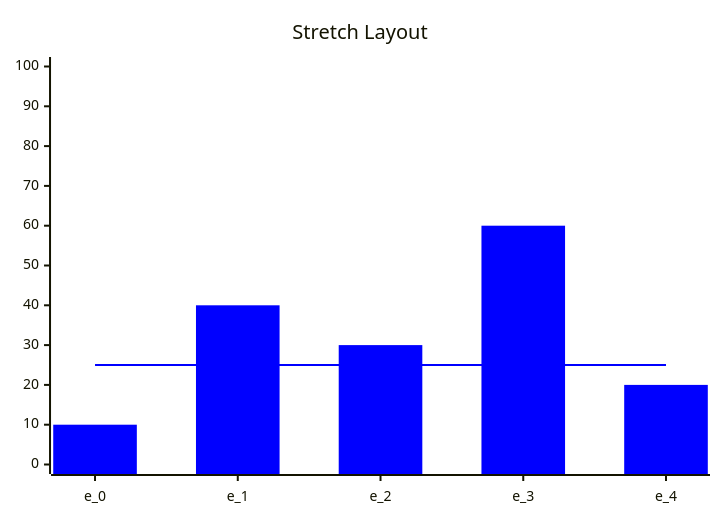
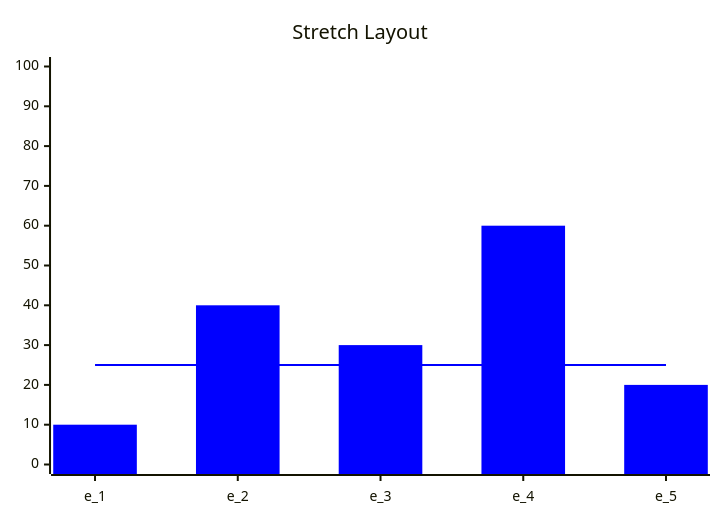
The fourth of 4 diagrams in _devlog/2026-01-28-Layout1.md (MarymoorStudios/marymoorstudios.github.io), drawn with Mermaid before and after one commit. The commit also changed other lines of this file, not shown here.

Commit message:
Fix e_i in mermaid diagrams.

````diff
--- a/_devlog/2026-01-28-Layout1.md
+++ b/_devlog/2026-01-28-Layout1.md
@@ -107,14 +107,14 @@
 ```mermaid
 ---
 config:
   themeVariables:
     xyChart:
       plotColorPalette: '#0000FF'
 ---
 xychart
 title "Stretch Layout"
 y-axis 0 --> 100
-x-axis [e_0, e_1, e_2, e_3, e_4]
+x-axis [e_1, e_2, e_3, e_4, e_5]
 bar  [10, 40, 30, 60, 20]
 line [25, 25, 25, 25, 25]
 ```
````
